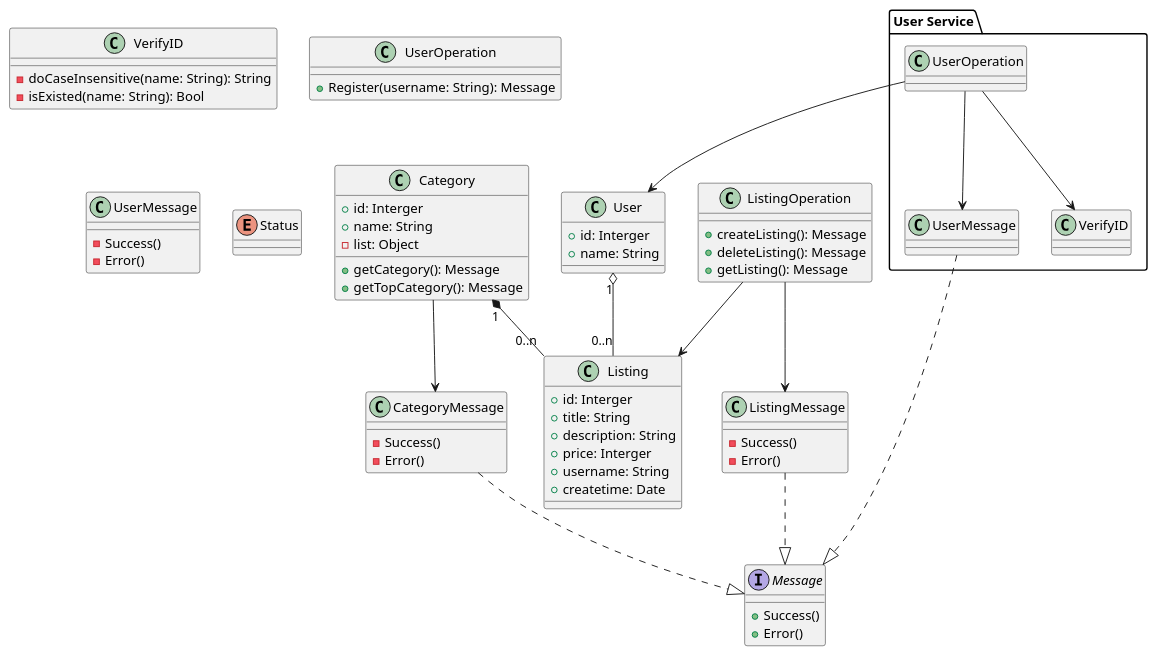
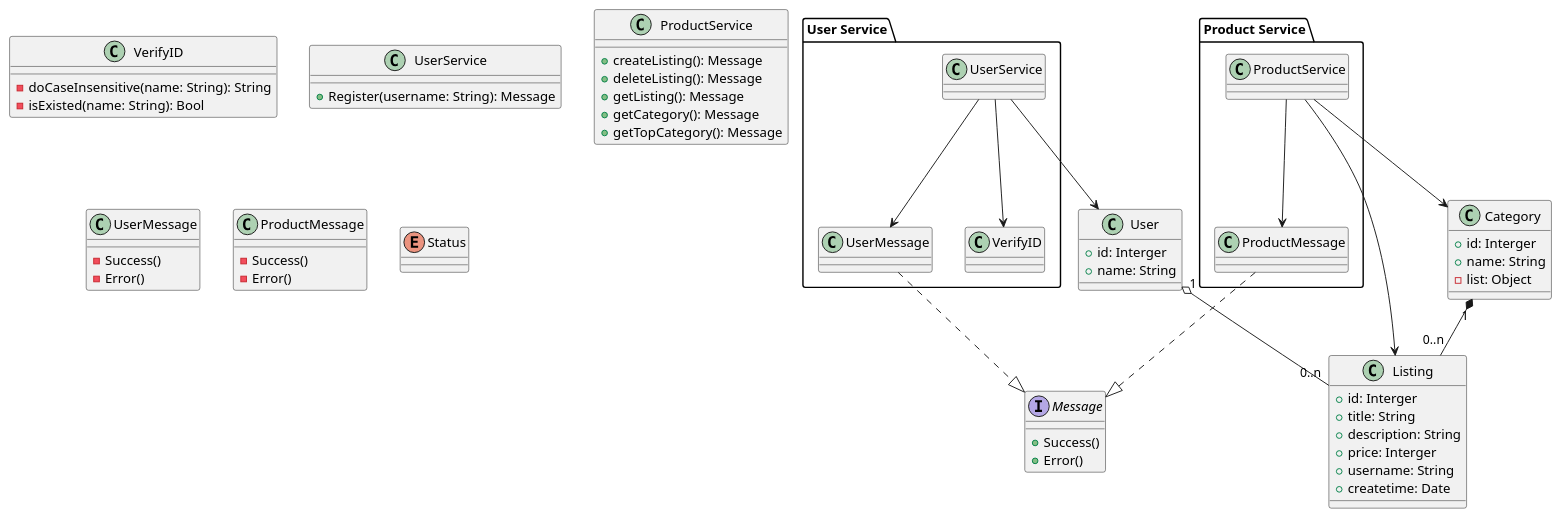
One commit to ShuHsiangLiang/JKOShop changed the diagram in diagram/class_diagram.puml. Above: the diagram before and after it, drawn with PlantUML. The commit also changed 12 other files, not shown here.

```diff
--- a/diagram/class_diagram.puml
+++ b/diagram/class_diagram.puml
@@ -1,81 +1,78 @@
 @startuml
 
 User "1" o-- "0..n" Listing
 Category "1" *-- "0..n" Listing
 package "User Service" {
-UserOperation --> User
-UserOperation --> UserMessage
-UserOperation --> VerifyID
+UserService --> User
+UserService --> UserMessage
+UserService --> VerifyID
 }
-ListingOperation --> Listing
-ListingOperation --> ListingMessage
-Category --> CategoryMessage
+
+package "Product Service" {
+ProductService --> Listing
+ProductService --> Category
+ProductService --> ProductMessage
+}
 
 UserMessage ..|> Message
-ListingMessage ..|> Message
-CategoryMessage ..|> Message
+ProductMessage ..|> Message
 
 
 class User {
     +id: Interger
     +name: String
 }
 
 class Listing {
     +id: Interger
     +title: String
     +description: String
     +price: Interger
     +username: String
     +createtime: Date
 }
 
 class Category {
     +id: Interger
     +name: String
     -list: Object
-    +getCategory(): Message
-    +getTopCategory(): Message
 }
 
 class VerifyID {
     -doCaseInsensitive(name: String): String
     -isExisted(name: String): Bool
 }
 
-class UserOperation {
+class UserService {
     +Register(username: String): Message
 }
 
-class ListingOperation {
+class ProductService {
     +createListing(): Message
     +deleteListing(): Message
     +getListing(): Message
+    +getCategory(): Message
+    +getTopCategory(): Message
 }
 
 interface Message {
     +Success()
     +Error()
 }
 
 class UserMessage {
     -Success()
     -Error()
 }
 
-class ListingMessage {
-    -Success()
-    -Error()
-}
-
-class CategoryMessage {
+class ProductMessage {
     -Success()
     -Error()
 }
 
 
 enum Status {
 
 }
 
 @enduml
```
